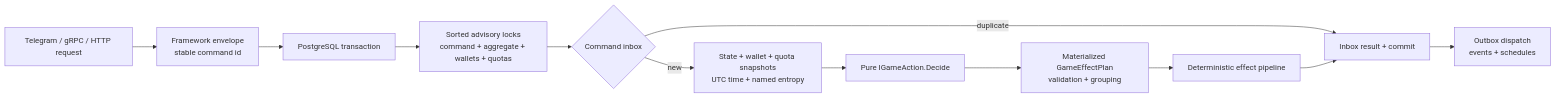
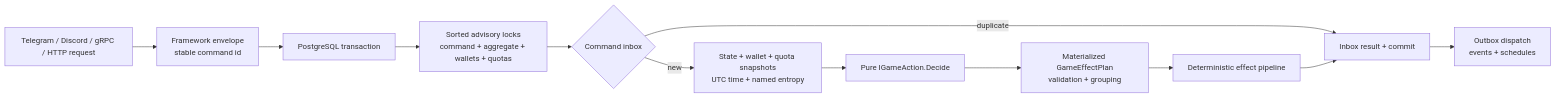
Before and after one commit to cpp20120/GameShiz: the tenth of 30 diagrams in docs/arch.md, drawn with Mermaid. The commit also changed other lines of this file and 182 other files, not shown here.

````diff
--- a/docs/arch.md
+++ b/docs/arch.md
@@ -348,19 +437,19 @@
 ```mermaid
 flowchart LR
-    request["Telegram / gRPC / HTTP request"]
+    request["Telegram / Discord / gRPC / HTTP request"]
     envelope["Framework envelope<br/>stable command id"]
     transaction["PostgreSQL transaction"]
     locks["Sorted advisory locks<br/>command + aggregate + wallets + quotas"]
     inbox{"Command inbox"}
     snapshots["State + wallet + quota snapshots<br/>UTC time + named entropy"]
     decide["Pure IGameAction.Decide"]
     plan["Materialized GameEffectPlan<br/>validation + grouping"]
     apply["Deterministic effect pipeline"]
     commit["Inbox result + commit"]
     delivery["Outbox dispatch<br/>events + schedules"]
 
     request --> envelope --> transaction --> locks --> inbox
     inbox -->|"duplicate"| commit
     inbox -->|"new"| snapshots --> decide --> plan --> apply --> commit
     commit --> delivery
 ```
````
